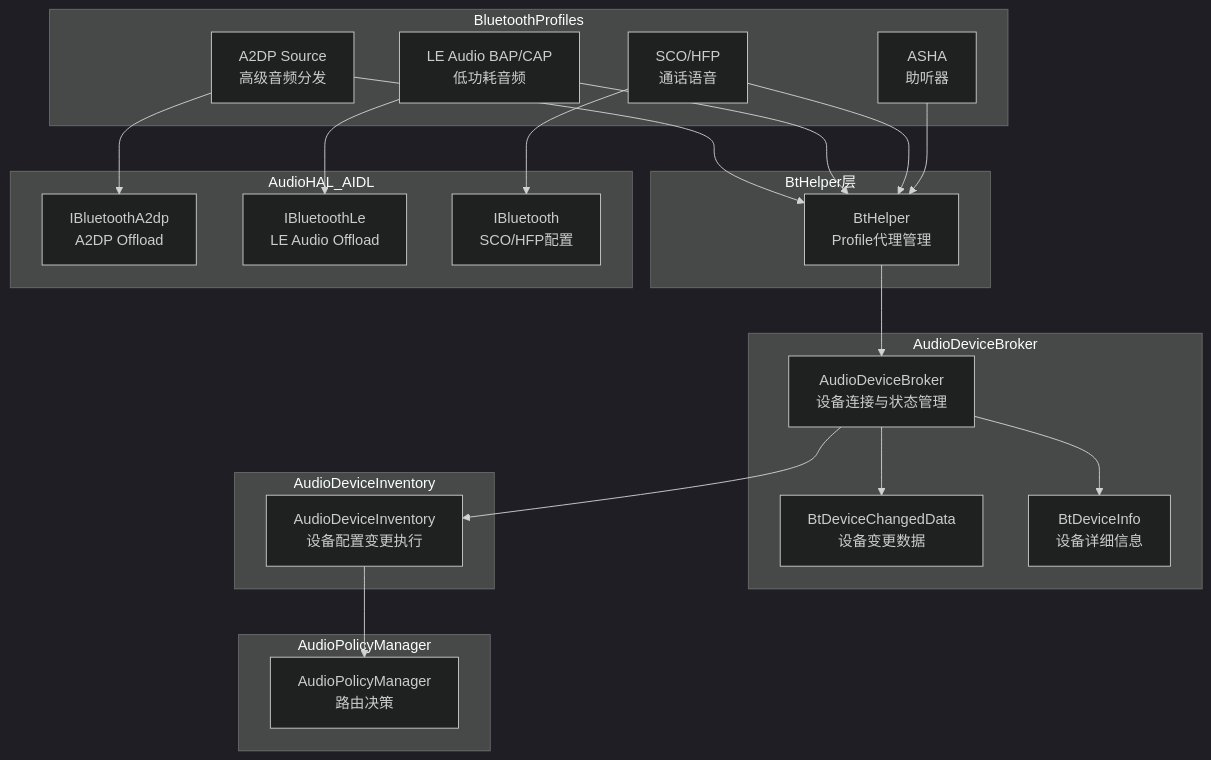
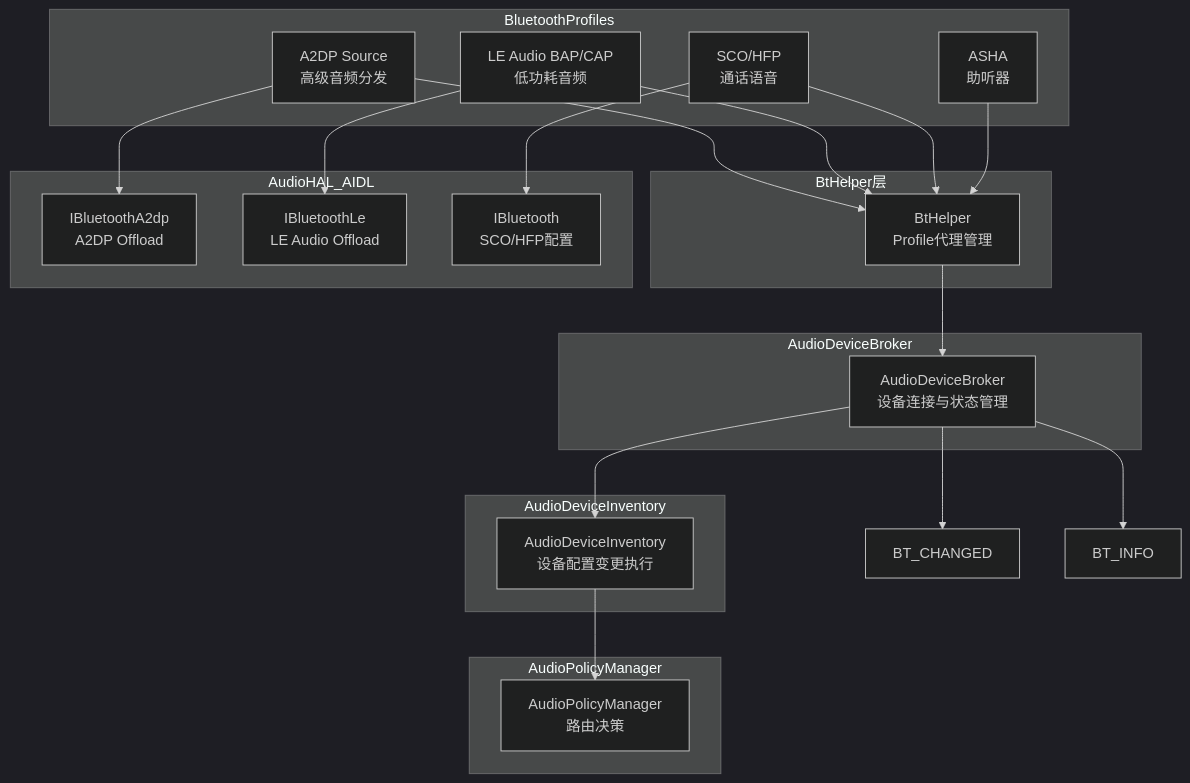
Before and after one commit to yanglinzhen1022/SA8295_AAOS_QNX_Audio_KnowledgeBase: the first of 5 diagrams in 14_Bluetooth_Audio/14_14.1_蓝牙音频协议总览.md, drawn with Mermaid (dark theme). The commit also changed other lines of this file and 11 other files, not shown here.

````diff
--- a/14_Bluetooth_Audio/14_14.1_蓝牙音频协议总览.md
+++ b/14_Bluetooth_Audio/14_14.1_蓝牙音频协议总览.md
@@ -11,48 +11,46 @@
 ```mermaid
 graph TB
     subgraph BluetoothProfiles
         A2DP[A2DP Source<br>高级音频分发]
         LEA[LE Audio BAP/CAP<br>低功耗音频]
         SCO[SCO/HFP<br>通话语音]
         HA[ASHA<br>助听器]
     end
 
     subgraph BtHelper层
         BTH[BtHelper<br>Profile代理管理]
     end
 
     subgraph AudioDeviceBroker
         ADB[AudioDeviceBroker<br>设备连接与状态管理]
-        BT_CHANGED[BtDeviceChangedData<br>设备变更数据]
-        BT_INFO[BtDeviceInfo<br>设备详细信息]
     end
 
     subgraph AudioDeviceInventory
         ADI[AudioDeviceInventory<br>设备配置变更执行]
     end
 
     subgraph AudioPolicyManager
         APM[AudioPolicyManager<br>路由决策]
     end
 
     subgraph AudioHAL_AIDL
         IBA2[IBluetoothA2dp<br>A2DP Offload]
         IBLE[IBluetoothLe<br>LE Audio Offload]
         IBT[IBluetooth<br>SCO/HFP配置]
     end
 
     A2DP --> BTH
     LEA --> BTH
     SCO --> BTH
     HA --> BTH
 
     BTH --> ADB
     ADB --> BT_CHANGED
     ADB --> BT_INFO
     ADB --> ADI
     ADI --> APM
 
     A2DP --> IBA2
     LEA --> IBLE
     SCO --> IBT
 ```
````
